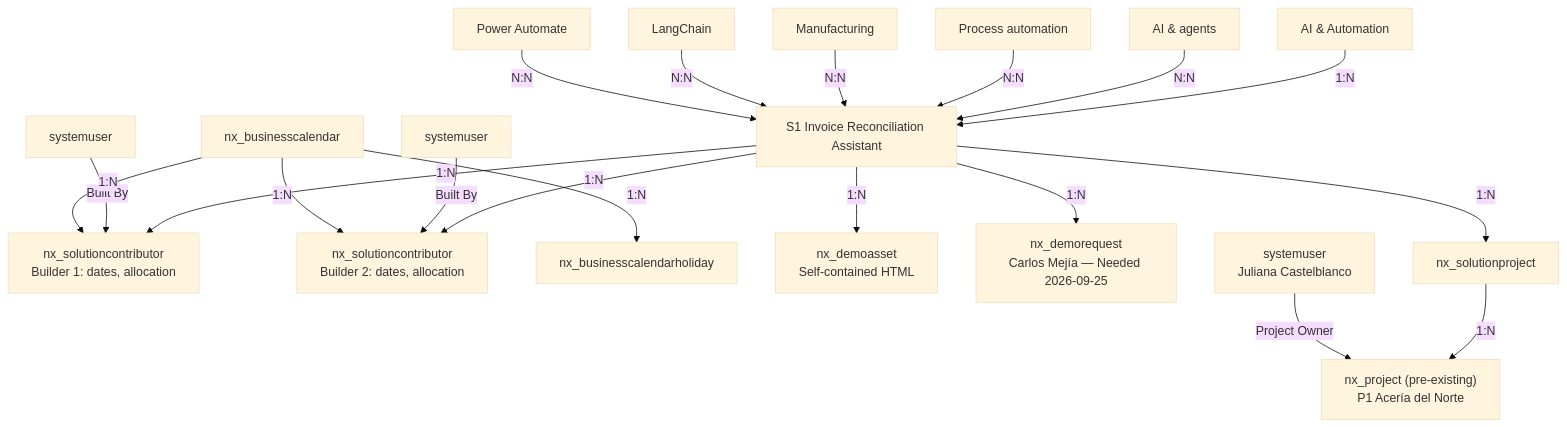
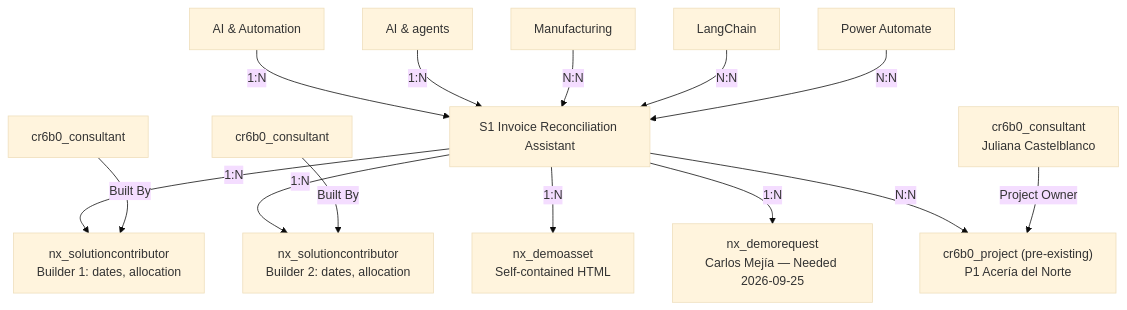
One commit to lpreciado-nextant/PRISMA changed the third of 3 diagrams in docs/data_model/SchemaV2.md. Above: the diagram before and after it, drawn with Mermaid (base theme). The commit also changed other lines of this file and 8 other files, not shown here.

````diff
--- a/docs/data_model/SchemaV2.md
+++ b/docs/data_model/SchemaV2.md
@@ -459,24 +419,19 @@
 ```mermaid
 graph TD
     S1["S1 Invoice Reconciliation Assistant"]
 
     SA1[AI & Automation] -- 1:N --> S1
-    CAP1[AI & agents] -- N:N --> S1
-    CAP2[Process automation] -- N:N --> S1
+    CAP1[AI & agents] -- 1:N --> S1
     IND1[Manufacturing] -- N:N --> S1
     TECH1[LangChain] -- N:N --> S1
     TECH2[Power Automate] -- N:N --> S1
 
     S1 -- 1:N --> SC1["nx_solutioncontributor<br/>Builder 1: dates, allocation"]
     S1 -- 1:N --> SC2["nx_solutioncontributor<br/>Builder 2: dates, allocation"]
-    Builder1[systemuser] -- "Built By" --> SC1
-    Builder2[systemuser] -- "Built By" --> SC2
-    Calendar[nx_businesscalendar] -- 1:N --> SC1
-    Calendar -- 1:N --> SC2
-    Calendar -- 1:N --> Holidays[nx_businesscalendarholiday]
+    Builder1[cr6b0_consultant] -- "Built By" --> SC1
+    Builder2[cr6b0_consultant] -- "Built By" --> SC2
     S1 -- 1:N --> DA1["nx_demoasset<br/>Self-contained HTML"]
     S1 -- 1:N --> DR1["nx_demorequest<br/>Carlos Mejía — Needed 2026-09-25"]
-    S1 -- 1:N --> J1["nx_solutionproject"]
-    J1 -- 1:N --> P1["nx_project (pre-existing)<br/>P1 Acería del Norte"]
-    Owner["systemuser<br/>Juliana Castelblanco"] -- "Project Owner" --> P1
+    S1 -- N:N --> P1["cr6b0_project (pre-existing)<br/>P1 Acería del Norte"]
+    Owner["cr6b0_consultant<br/>Juliana Castelblanco"] -- "Project Owner" --> P1
 ```
````
